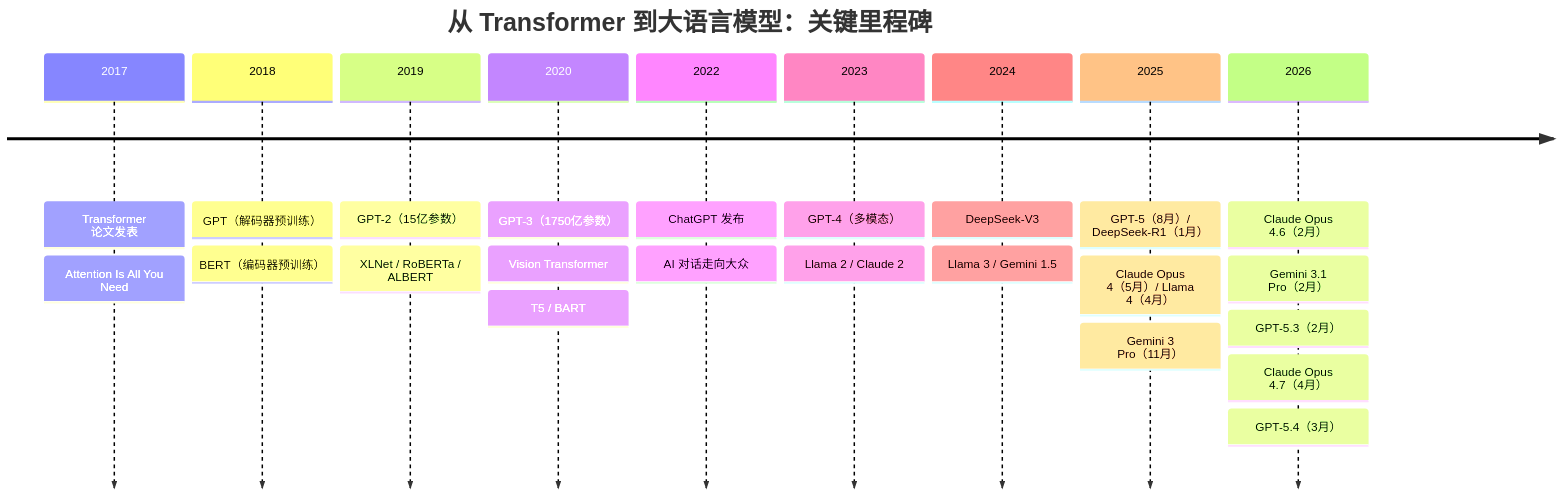
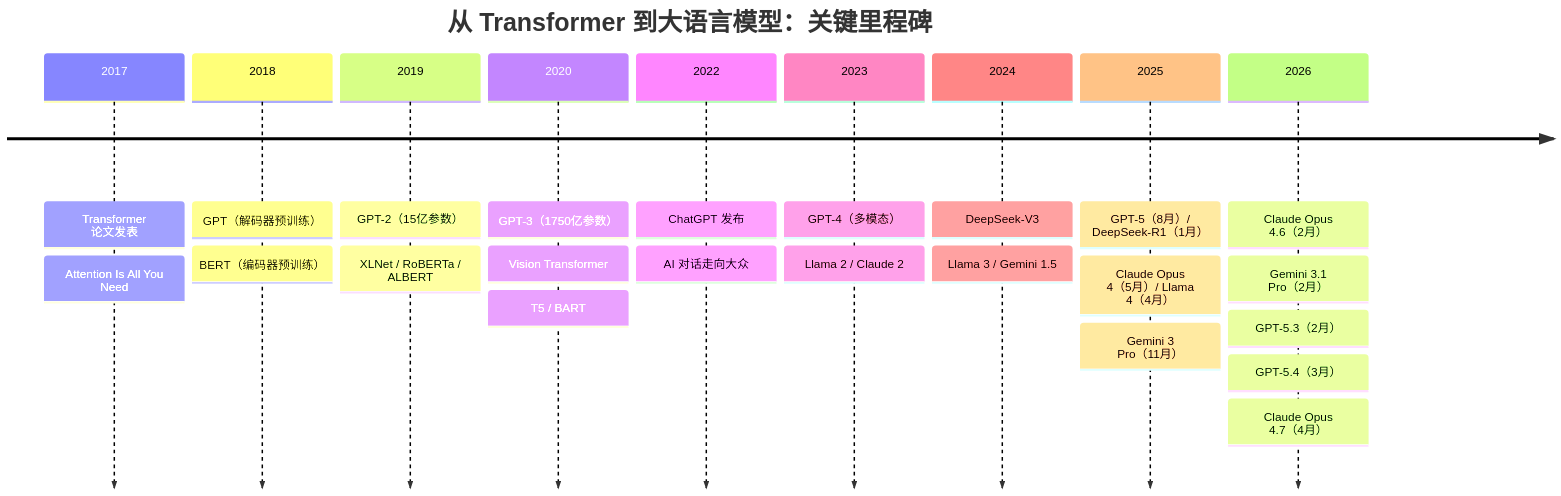
The diagram in 01_introduction/1.5_milestones.md (yeasy/llm_internals), drawn with Mermaid before and after one commit. The commit also changed other lines of this file and 2 other files, not shown here.

````diff
--- a/01_introduction/1.5_milestones.md
+++ b/01_introduction/1.5_milestones.md
@@ -5,27 +5,27 @@
 ```mermaid
 timeline
     title 从 Transformer 到大语言模型：关键里程碑
     2017 : Transformer 论文发表
          : Attention Is All You Need
     2018 : GPT（解码器预训练）
          : BERT（编码器预训练）
     2019 : GPT-2（15亿参数）
          : XLNet / RoBERTa / ALBERT
     2020 : GPT-3（1750亿参数）
          : Vision Transformer
          : T5 / BART
     2022 : ChatGPT 发布
          : AI 对话走向大众
     2023 : GPT-4（多模态）
          : Llama 2 / Claude 2
     2024 : DeepSeek-V3
          : Llama 3 / Gemini 1.5
     2025 : GPT-5（8月）/ DeepSeek-R1（1月）
          : Claude Opus 4（5月）/ Llama 4（4月）
          : Gemini 3 Pro（11月）
     2026 : Claude Opus 4.6（2月）
          : Gemini 3.1 Pro（2月）
          : GPT-5.3（2月）
+         : GPT-5.4（3月）
          : Claude Opus 4.7（4月）
-         : GPT-5.4（3月）
 ```
````
